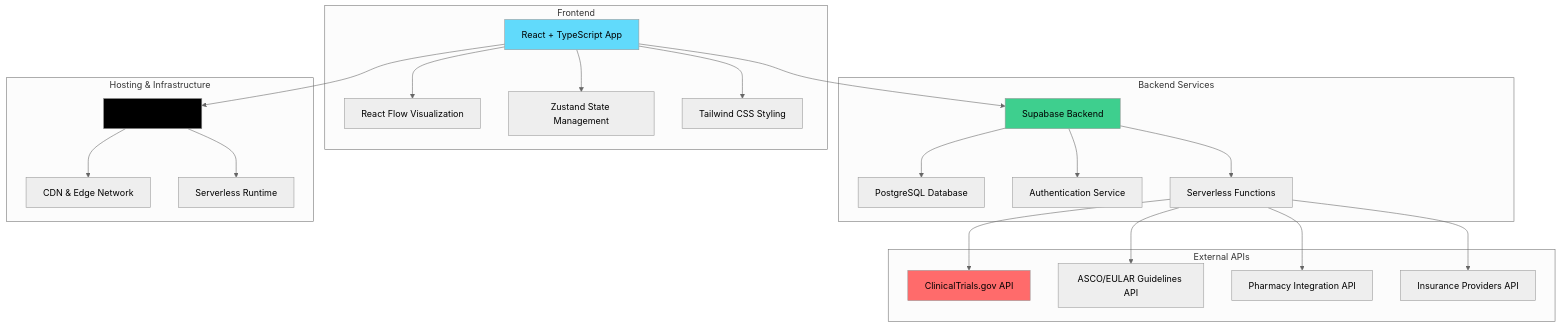
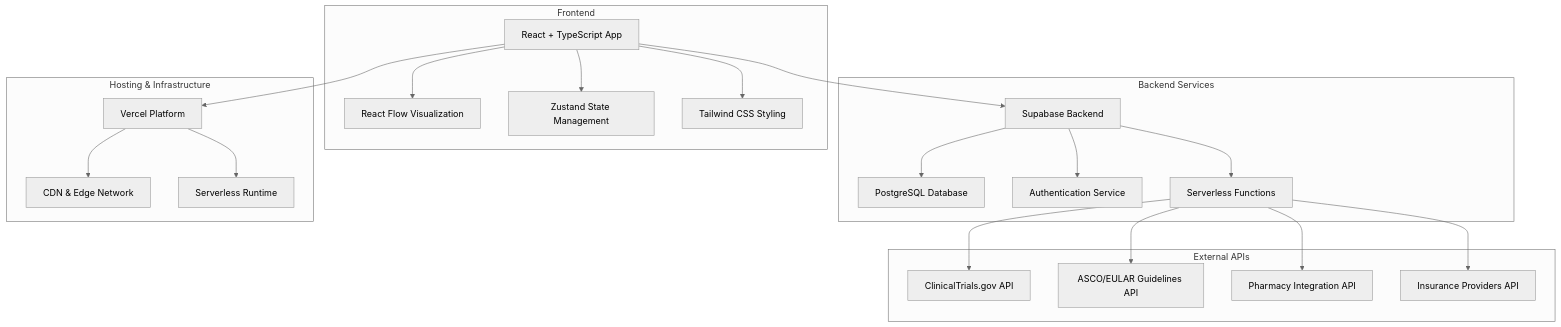
One commit to genewang/Ayuma changed the first of 14 diagrams in ARCHITECTURE.md. Above: the diagram before and after it, drawn with Mermaid (neutral theme). The commit also changed other lines of this file and 2 other files, not shown here.

First line of the commit message:
docs: standardize Mermaid diagram styling across documentation

````diff
--- a/ARCHITECTURE.md
+++ b/ARCHITECTURE.md
@@ -21,49 +21,47 @@
 ```mermaid
 graph TB
     subgraph Frontend
         A[React + TypeScript App]
         B[React Flow Visualization]
         C[Zustand State Management]
         D[Tailwind CSS Styling]
     end
 
     subgraph Backend Services
         E[Supabase Backend]
         F[PostgreSQL Database]
         G[Authentication Service]
         H[Serverless Functions]
     end
 
     subgraph External APIs
         I[ClinicalTrials.gov API]
         J[ASCO/EULAR Guidelines API]
         K[Pharmacy Integration API]
         L[Insurance Providers API]
     end
 
     subgraph Hosting & Infrastructure
         M[Vercel Platform]
         N[CDN & Edge Network]
         O[Serverless Runtime]
     end
+    
+    class A,B,C,D,E,F,G,H,I,J,K,L,M,N,O lightFill
 
     A --> B
     A --> C
     A --> D
     A --> E
     E --> F
     E --> G
     E --> H
     H --> I
     H --> J
     H --> K
     H --> L
     M --> N
     M --> O
     A --> M
 
-    style A fill:#61dafb
-    style E fill:#3ecf8e
-    style M fill:#000000
-    style I fill:#ff6b6b
 ```
````
